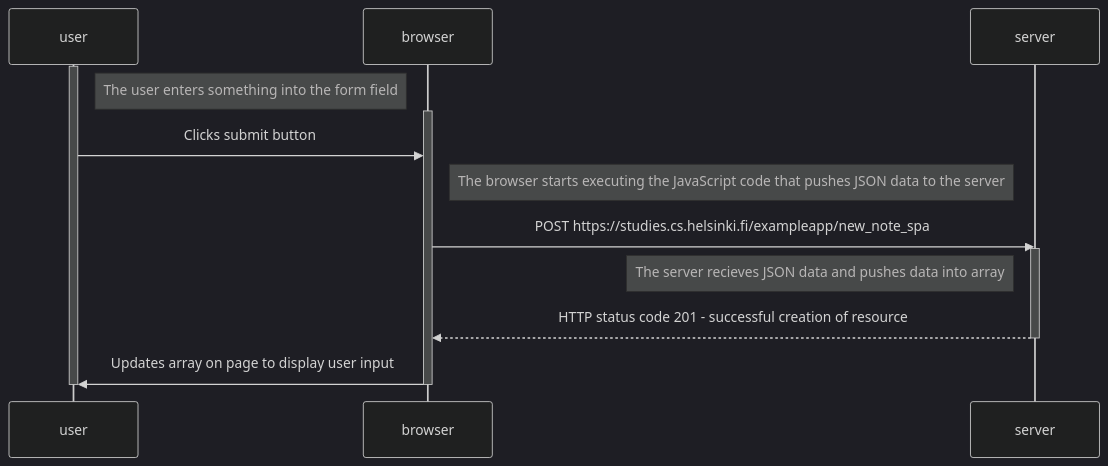
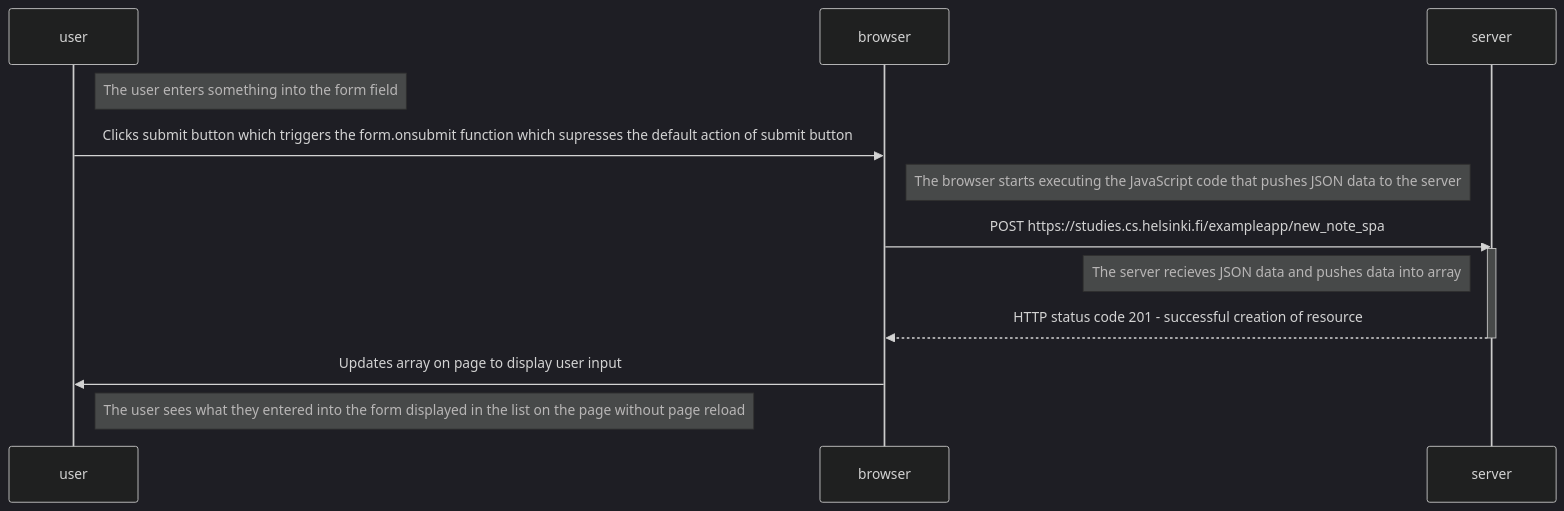
Before and after one commit to Emma-Belg/FullStackOpenCourse: the diagram in part0/0.6SpaFormSubmit.md, drawn with Mermaid (dark theme).

````diff
--- a/part0/0.6SpaFormSubmit.md
+++ b/part0/0.6SpaFormSubmit.md
@@ -8,24 +8,22 @@
  ```mermaid
 sequenceDiagram
     participant user
     participant browser
     participant server
     
-    activate user
     Note right of user: The user enters something into the form field
-    activate browser
-    user->>browser: Clicks submit button
+    user->>browser: Clicks submit button which triggers the form.onsubmit function which supresses the default action of submit button
     
     Note right of browser: The browser starts executing the JavaScript code that pushes JSON data to the server
     
     browser->>server: POST https://studies.cs.helsinki.fi/exampleapp/new_note_spa
     activate server
     Note left of server: The server recieves JSON data and pushes data into array
     server-->>browser: HTTP status code 201 - successful creation of resource
     deactivate server
 
     browser->>user: Updates array on page to display user input
-    deactivate browser
-    deactivate user
+    
+     Note right of user: The user sees what they entered into the form displayed in the list on the page without page reload
     
 ```
````
